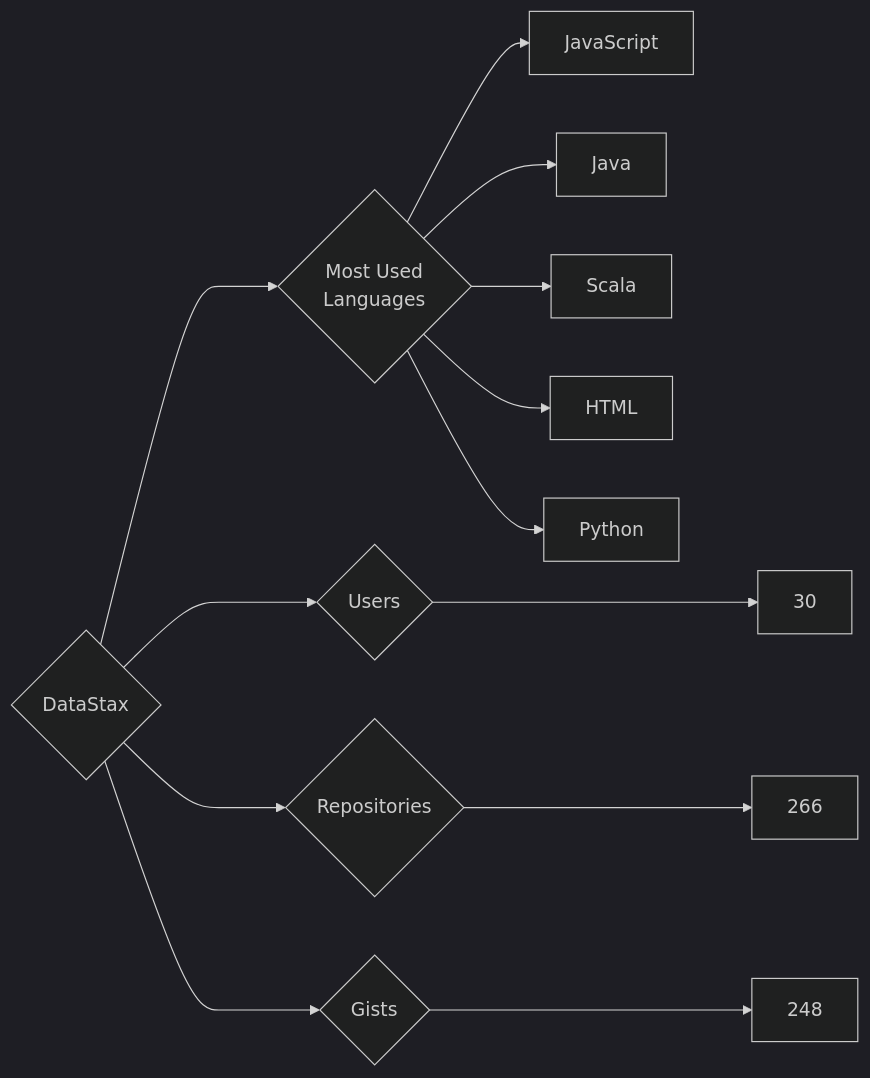
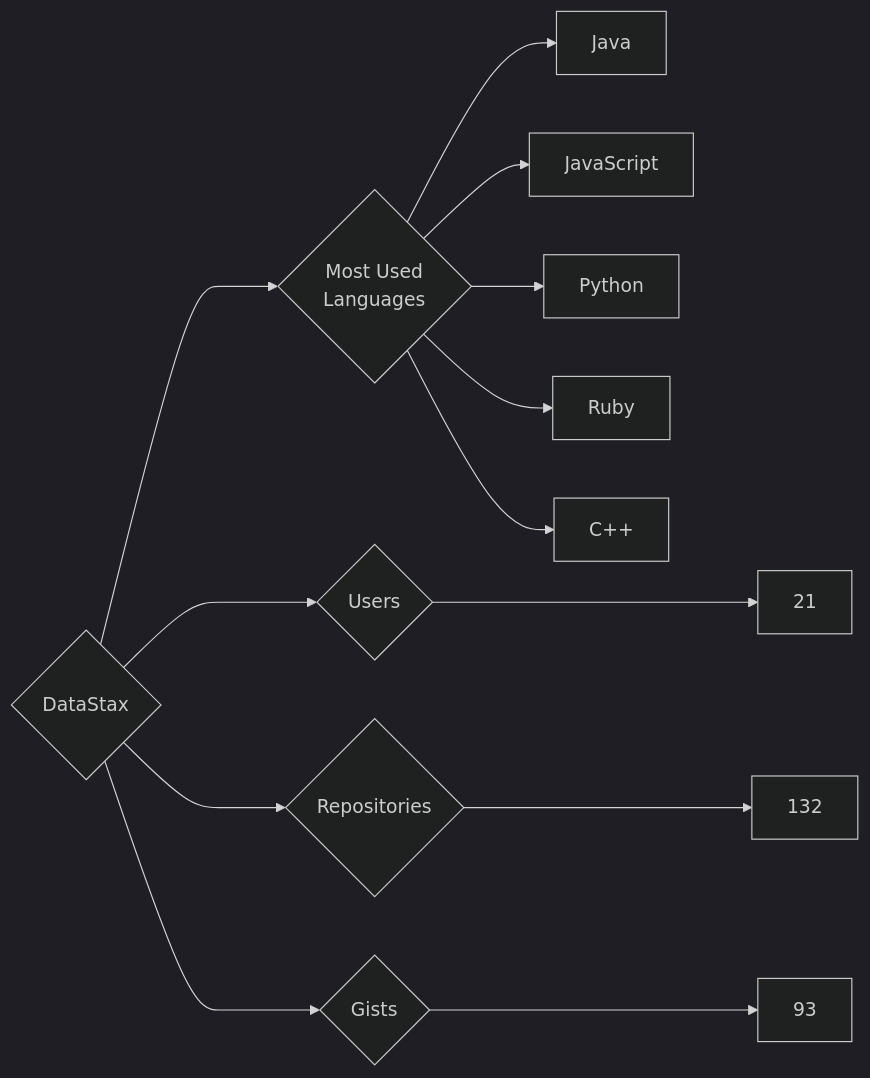
One commit to trickest/insiders changed the diagram in targets/DataStax/README.md. Above: the diagram before and after it, drawn with Mermaid (dark theme). The commit also changed 1084 other files, not shown here.

````diff
--- a/targets/DataStax/README.md
+++ b/targets/DataStax/README.md
@@ -3,13 +3,13 @@
 ```mermaid
 graph LR
 COMPANY_NAME{DataStax}
-COMPANY_NAME ---> U{Users} ---> UN[30]
-COMPANY_NAME ---> R{Repositories} ---> RN[266]
-COMPANY_NAME ---> G{Gists} ---> GN[248]
+COMPANY_NAME ---> U{Users} ---> UN[21]
+COMPANY_NAME ---> R{Repositories} ---> RN[132]
+COMPANY_NAME ---> G{Gists} ---> GN[93]
 COMPANY_NAME ---> ML{Most Used<br>Languages}
+ML --> Java[Java]
 ML --> JavaScript[JavaScript]
-ML --> Java[Java]
-ML --> Scala[Scala]
-ML --> HTML[HTML]
 ML --> Python[Python]
+ML --> Ruby[Ruby]
+ML --> C++[C++]
 ```
````
